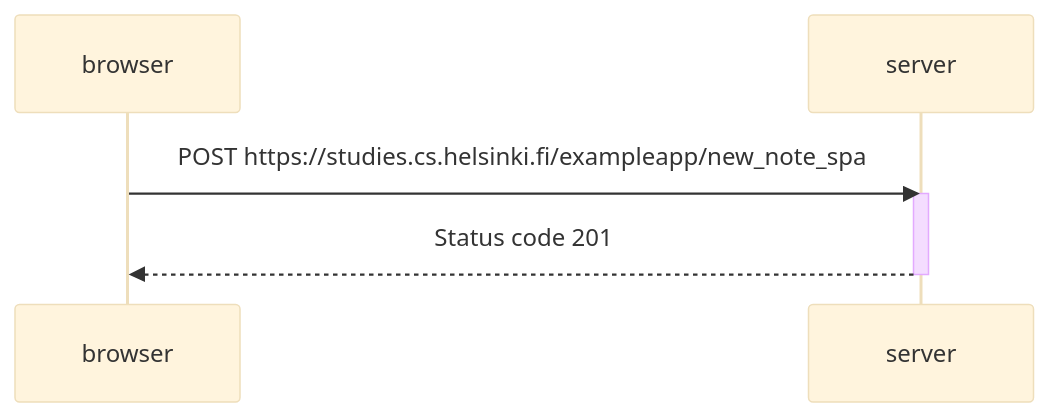
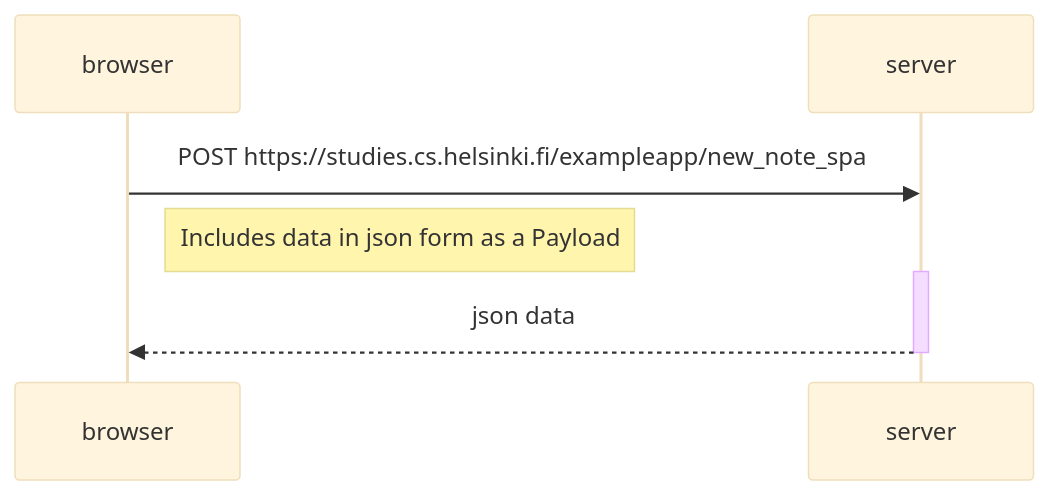
Before and after one commit to heik-ki/full-stack: the diagram in osa0/0.6_Uusi muistiinpano.md, drawn with Mermaid (base theme).

Commit message:
Update 0.6_Uusi muistiinpano.md

````diff
--- a/osa0/0.6_Uusi muistiinpano.md
+++ b/osa0/0.6_Uusi muistiinpano.md
@@ -1,11 +1,16 @@
 ```mermaid
 sequenceDiagram
   participant browser
   participant server
 
   browser->>server:  POST https://studies.cs.helsinki.fi/exampleapp/new_note_spa
+  Note right of browser: Includes data in json form as a Payload
+
   activate server
-  server-->>browser: Status code 201
+  server-->>browser: json data
   deactivate server
 
+  
+
+
 ```
````
